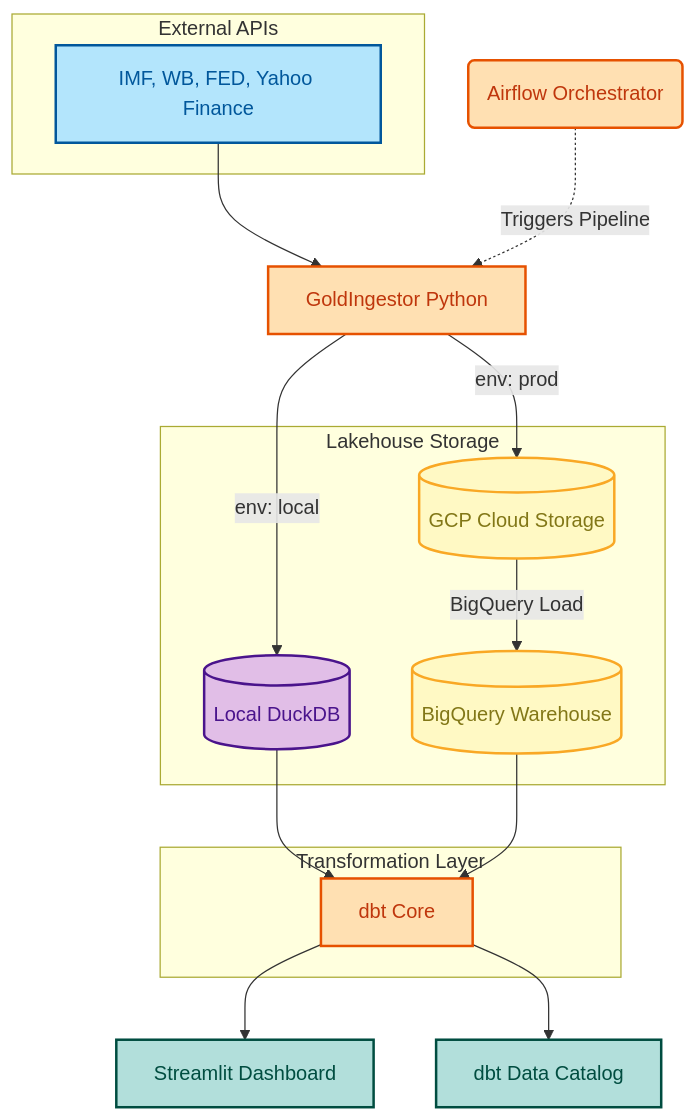
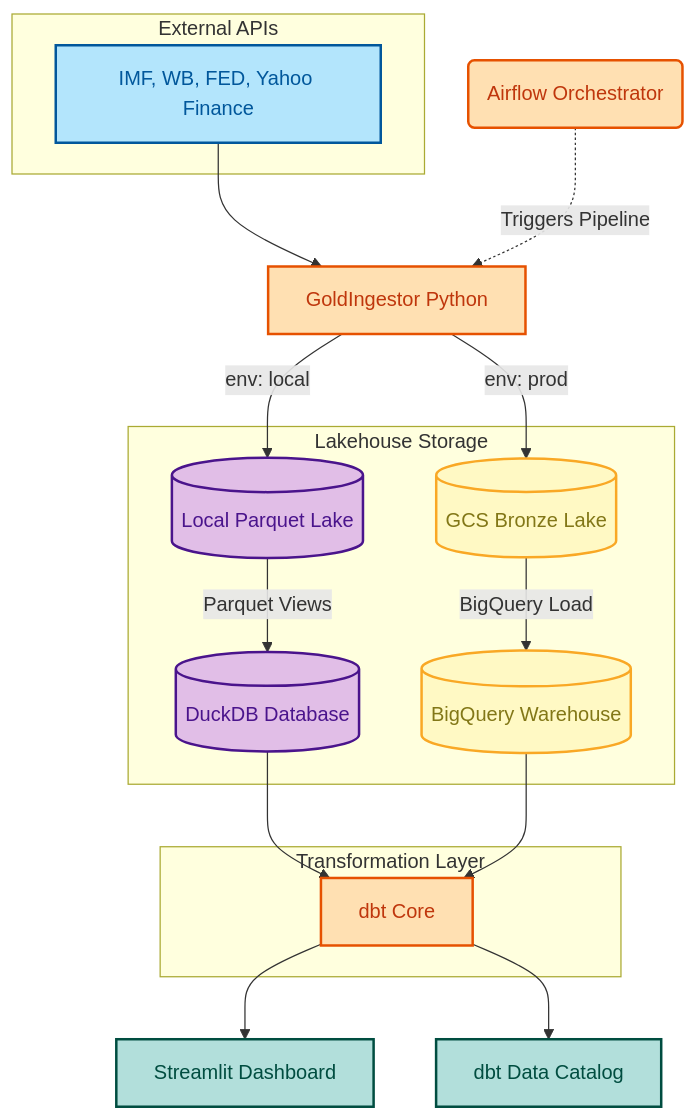
One commit to flo-kaiser/data_engineering_project changed the diagram in README.md. Above: the diagram before and after it, drawn with Mermaid.

Commit message:
docs: show local parquet lake in architecture diagram

````diff
--- a/README.md
+++ b/README.md
@@ -23,37 +23,39 @@
 ```mermaid
 graph TD
     classDef source fill:#b3e5fc,stroke:#01579b,stroke-width:2px,color:#01579b;
     classDef dev fill:#e1bee7,stroke:#4a148c,stroke-width:2px,color:#4a148c;
     classDef prod fill:#fff9c4,stroke:#f9a825,stroke-width:2px,color:#827717;
     classDef process fill:#ffe0b2,stroke:#e65100,stroke-width:2px,color:#bf360c;
     classDef viz fill:#b2dfdb,stroke:#004d40,stroke-width:2px,color:#004d40;
 
     subgraph Sources [External APIs]
         API[IMF, WB, FED, Yahoo Finance]:::source
     end
 
     IM[GoldIngestor Python]:::process
 
     subgraph Storage [Lakehouse Storage]
-        DB[(Local DuckDB)]:::dev
-        GCS[(GCP Cloud Storage)]:::prod
+        Local_Parquet[(Local Parquet Lake)]:::dev
+        DB[(DuckDB Database)]:::dev
+        GCS[(GCS Bronze Lake)]:::prod
         BQ[(BigQuery Warehouse)]:::prod
     end
 
     subgraph Transform [Transformation Layer]
         DBT[dbt Core]:::process
     end
 
     API --> IM
-    IM -- "env: local" --> DB
+    IM -- "env: local" --> Local_Parquet
+    Local_Parquet -- "Parquet Views" --> DB
     IM -- "env: prod" --> GCS
     GCS -- "BigQuery Load" --> BQ
 
     DB --> DBT
     BQ --> DBT
 
     DBT --> Dashboard[Streamlit Dashboard]:::viz
     DBT --> Docs[dbt Data Catalog]:::viz
 
     Airflow(Airflow Orchestrator):::process -. "Triggers Pipeline" .-> IM
 ```
````
